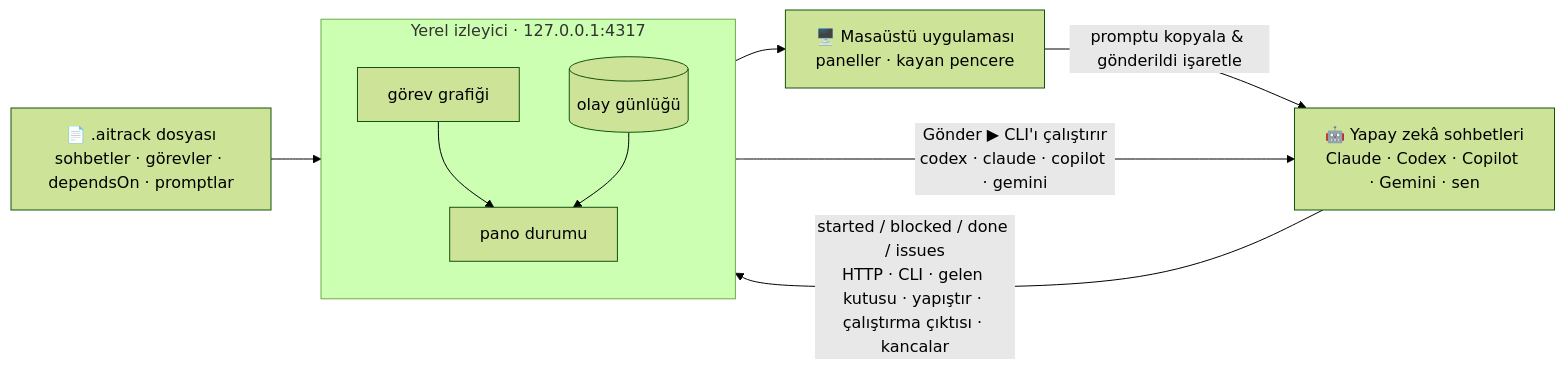
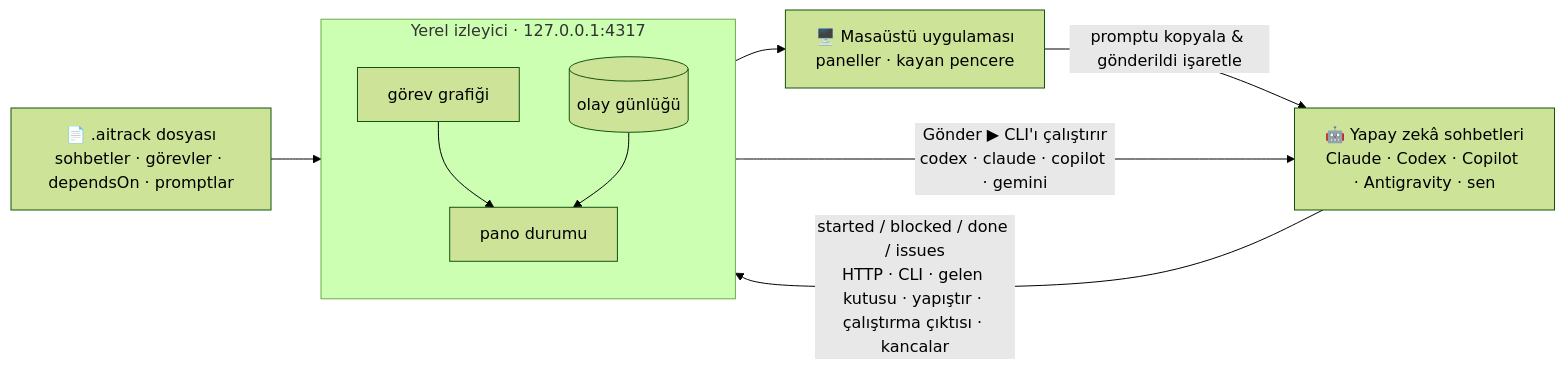
One commit to mitradeniz/ai-tracking-system changed the second of 3 diagrams in README.tr.md. Above: the diagram before and after it, drawn with Mermaid (forest theme). The commit also changed other lines of this file and 20 other files, not shown here.

First line of the commit message:
feat(runners): Antigravity CLI instead of Gemini CLI, with the models of your plan

````diff
--- a/README.tr.md
+++ b/README.tr.md
@@ -427,13 +427,13 @@
 ```mermaid
 flowchart LR
     F["📄 .aitrack dosyası<br/>sohbetler · görevler · dependsOn · promptlar"] --> T
     subgraph T["Yerel izleyici · 127.0.0.1:4317"]
       direction TB
       G[görev grafiği] --> B[pano durumu]
       L[(olay günlüğü)] --> B
     end
     T --> UI["🖥️ Masaüstü uygulaması<br/>paneller · kayan pencere"]
-    UI -- "promptu kopyala & gönderildi işaretle" --> C["🤖 Yapay zekâ sohbetleri<br/>Claude · Codex · Copilot · Gemini · sen"]
+    UI -- "promptu kopyala & gönderildi işaretle" --> C["🤖 Yapay zekâ sohbetleri<br/>Claude · Codex · Copilot · Antigravity · sen"]
     T -- "Gönder ▶ CLI'ı çalıştırır<br/>codex · claude · copilot · gemini" --> C
     C -- "started / blocked / done / issues<br/>HTTP · CLI · gelen kutusu · yapıştır · çalıştırma çıktısı · kancalar" --> L
 ```
````
